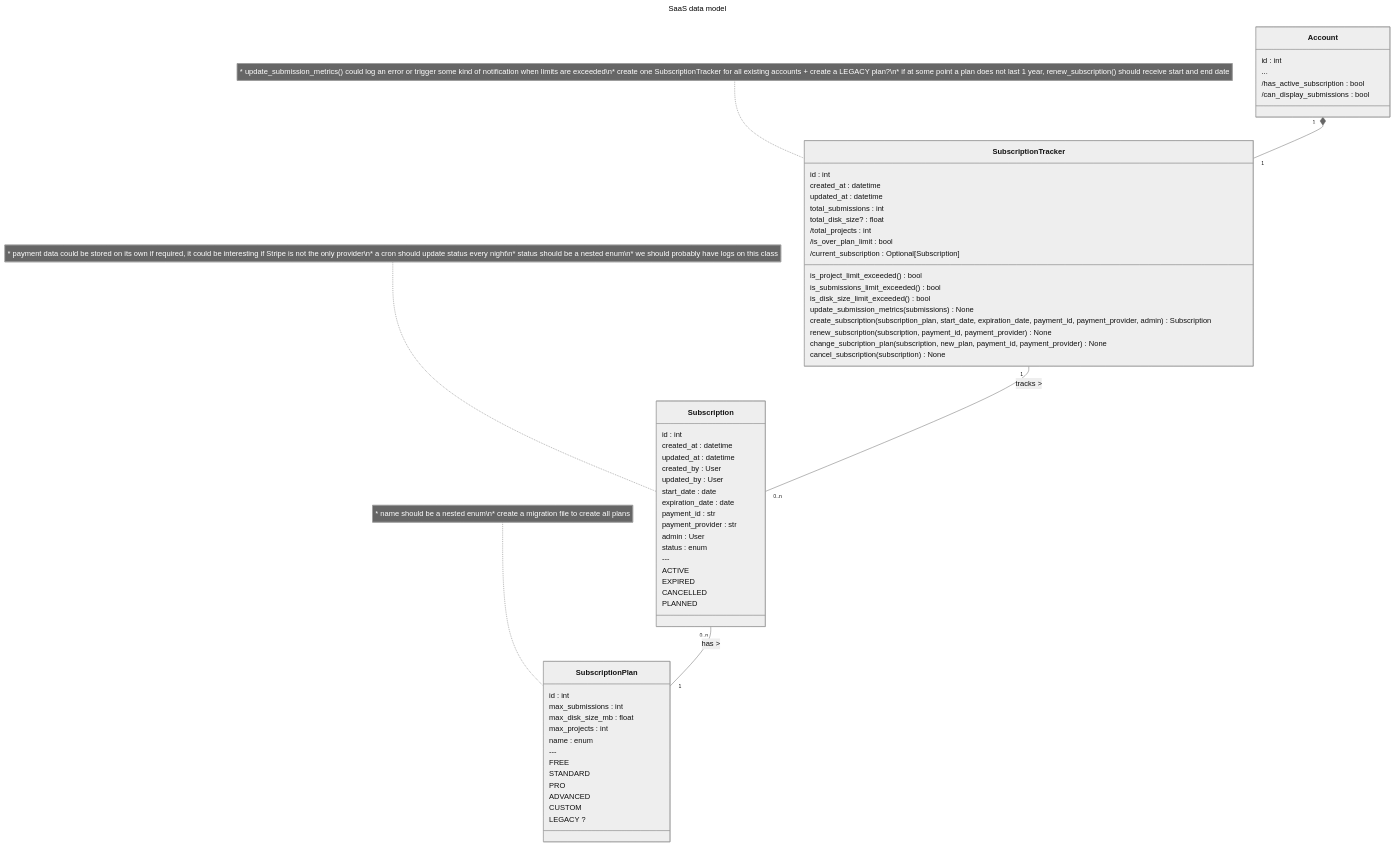
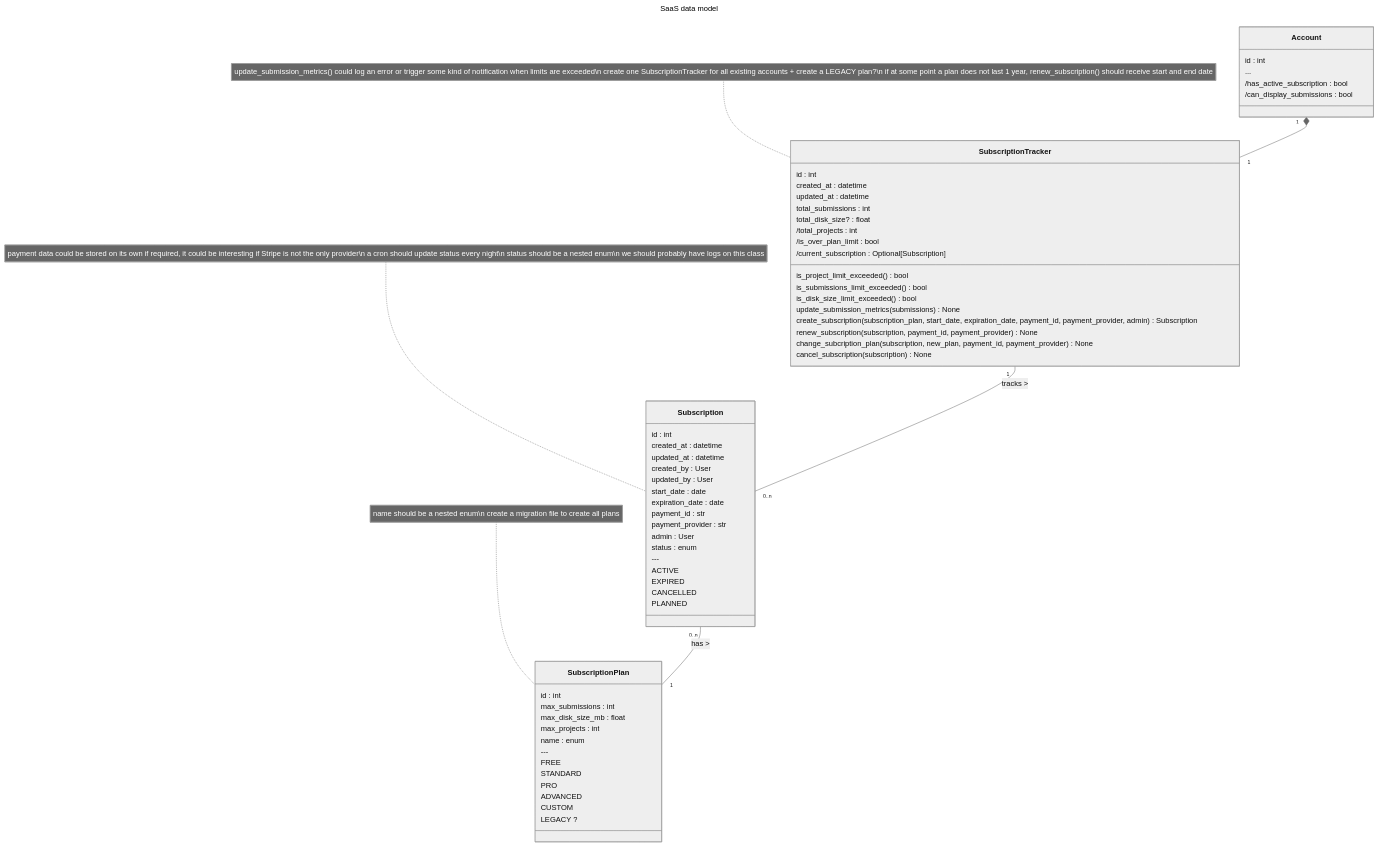
Before and after one commit to BLSQ/iaso: the second of 2 diagrams in docs/pages/dev/reference/SaaS/saas_modelization.md, drawn with Mermaid (neutral theme).

Commit message:
fix format for github

````diff
--- a/docs/pages/dev/reference/SaaS/saas_modelization.md
+++ b/docs/pages/dev/reference/SaaS/saas_modelization.md
@@ -54,76 +54,76 @@
 ```mermaid
 ---
 title: SaaS data model
 ---
 
 classDiagram
     class Account {
         id : int
         ...
         /has_active_subscription : bool
         /can_display_submissions : bool
     }
     
     class SubscriptionTracker {
         id : int
         created_at : datetime
         updated_at : datetime
         total_submissions : int
         total_disk_size? : float
         /total_projects : int
         /is_over_plan_limit : bool
         /current_subscription : Optional[Subscription]
         is_project_limit_exceeded() bool
         is_submissions_limit_exceeded() bool
         is_disk_size_limit_exceeded() bool
         update_submission_metrics(submissions) None
         create_subscription(subscription_plan, start_date, expiration_date, payment_id, payment_provider, admin) Subscription
         renew_subscription(subscription, payment_id, payment_provider) None
         change_subcription_plan(subscription, new_plan, payment_id, payment_provider) None
         cancel_subscription(subscription) None
     }
-    note for SubscriptionTracker "* update_submission_metrics() could log an error or trigger some kind of notification when limits are exceeded\n* create one SubscriptionTracker for all existing accounts + create a LEGACY plan?\n* if at some point a plan does not last 1 year, renew_subscription() should receive start and end date"
+    note for SubscriptionTracker "update_submission_metrics() could log an error or trigger some kind of notification when limits are exceeded\n create one SubscriptionTracker for all existing accounts + create a LEGACY plan?\n if at some point a plan does not last 1 year, renew_subscription() should receive start and end date"
     
     Account "1" *-- "1" SubscriptionTracker
     
 
     class Subscription {
         id : int
         created_at : datetime
         updated_at : datetime
         created_by : User
         updated_by : User
         start_date : date
         expiration_date : date
         payment_id : str
         payment_provider : str
         admin : User
         status : enum
         ---
         ACTIVE
         EXPIRED
         CANCELLED
         PLANNED
     }
-    note for Subscription "* payment data could be stored on its own if required, it could be interesting if Stripe is not the only provider\n* a cron should update status every night\n* status should be a nested enum\n* we should probably have logs on this class"
+    note for Subscription "payment data could be stored on its own if required, it could be interesting if Stripe is not the only provider\n a cron should update status every night\n status should be a nested enum\n we should probably have logs on this class"
     
     SubscriptionTracker "1" -- "0..n" Subscription : tracks >
     
     class SubscriptionPlan { 
         id : int
         max_submissions : int
         max_disk_size_mb : float
         max_projects : int
         name : enum
         ---
         FREE
         STANDARD
         PRO
         ADVANCED
         CUSTOM
         LEGACY ?
     }
-    note for SubscriptionPlan "* name should be a nested enum\n* create a migration file to create all plans"
+    note for SubscriptionPlan "name should be a nested enum\n create a migration file to create all plans"
 
     Subscription "0..n" -- "1" SubscriptionPlan : has >
 ```
````
